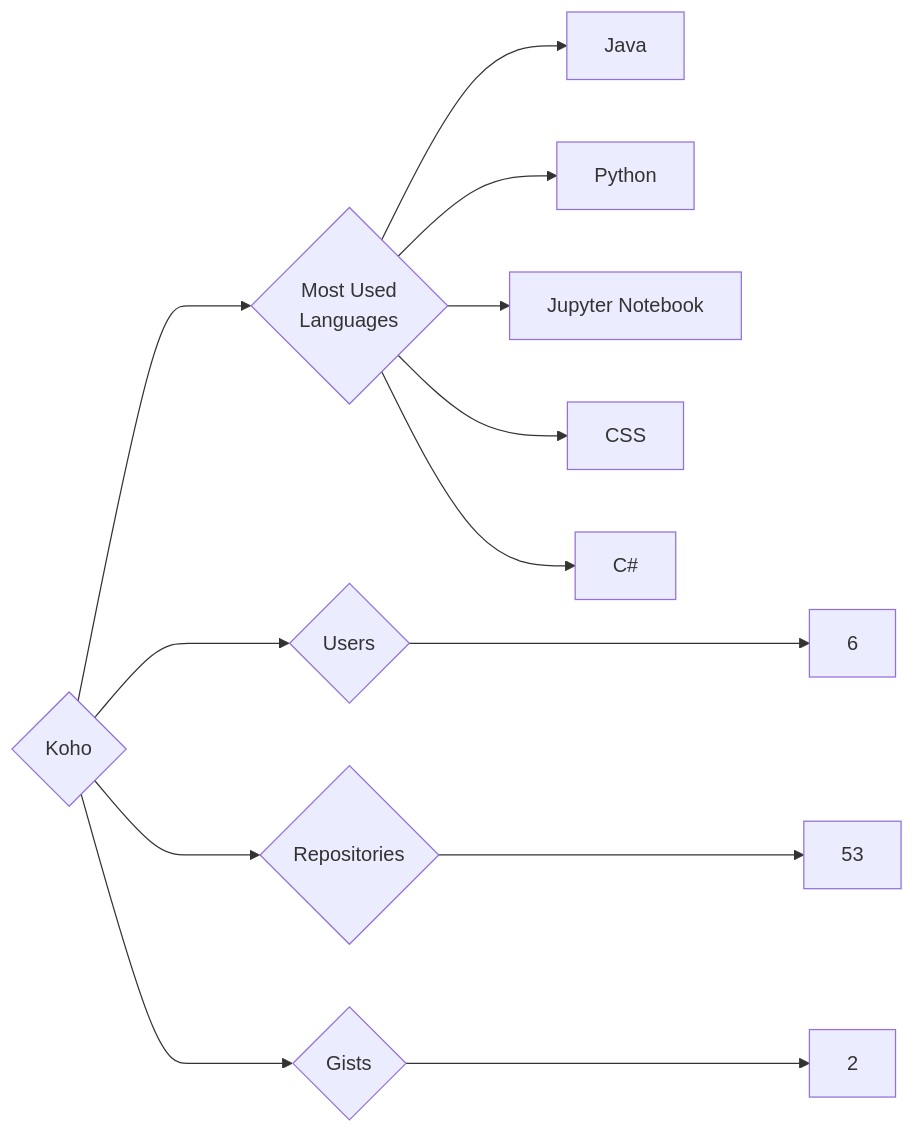
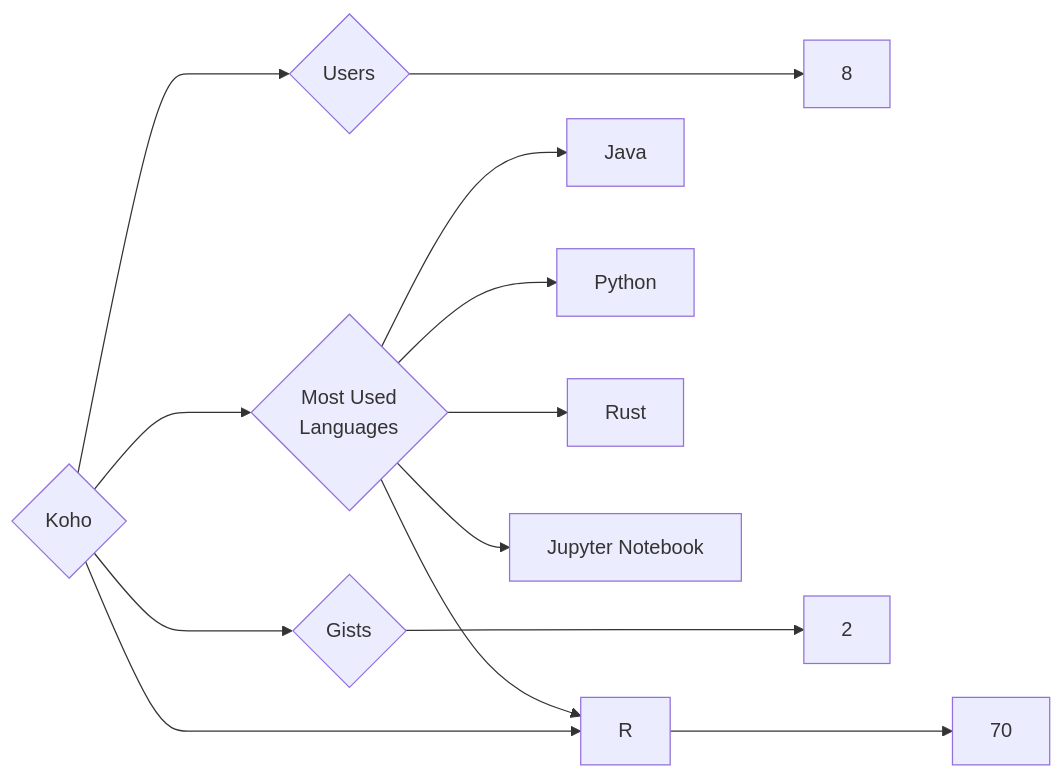
One commit to trickest/insiders changed the diagram in targets/Koho/README.md. Above: the diagram before and after it, drawn with Mermaid. The commit also changed 870 other files, not shown here.

````diff
--- a/targets/Koho/README.md
+++ b/targets/Koho/README.md
@@ -3,13 +3,13 @@
 ```mermaid
 graph LR
 COMPANY_NAME{Koho}
-COMPANY_NAME ---> U{Users} ---> UN[6]
-COMPANY_NAME ---> R{Repositories} ---> RN[53]
+COMPANY_NAME ---> U{Users} ---> UN[8]
+COMPANY_NAME ---> R{Repositories} ---> RN[70]
 COMPANY_NAME ---> G{Gists} ---> GN[2]
 COMPANY_NAME ---> ML{Most Used<br>Languages}
 ML --> Java[Java]
+ML --> R[R]
 ML --> Python[Python]
+ML --> Rust[Rust]
 ML --> Jupyter_Notebook[Jupyter Notebook]
-ML --> CSS[CSS]
-ML --> C#[C#]
 ```
````
